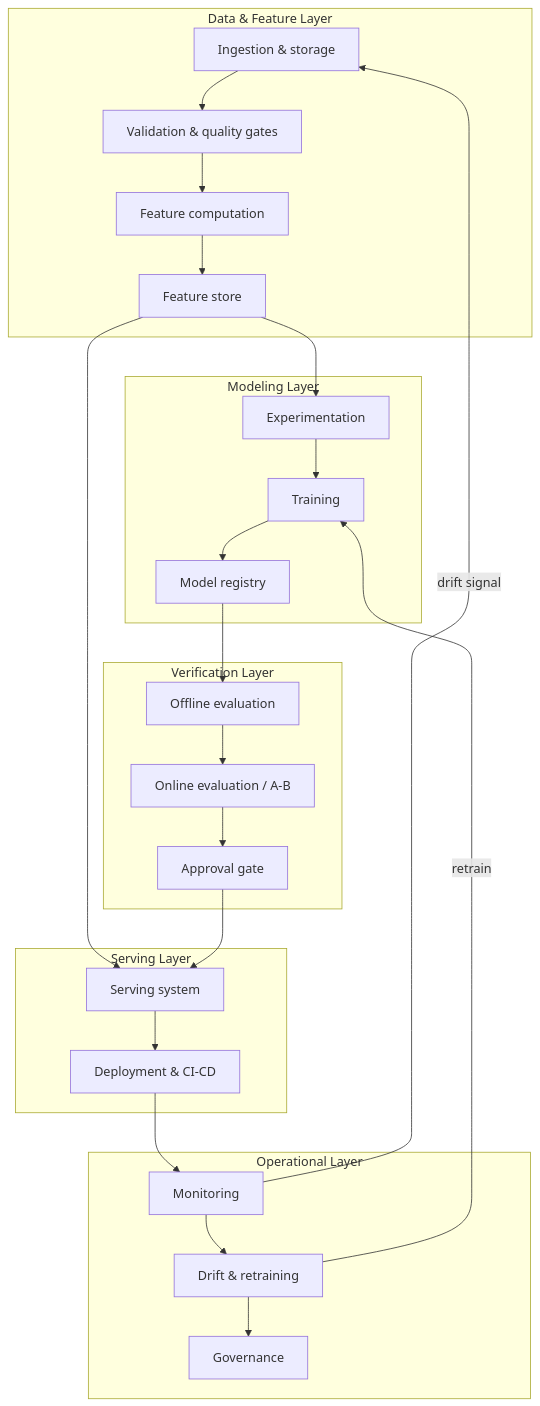
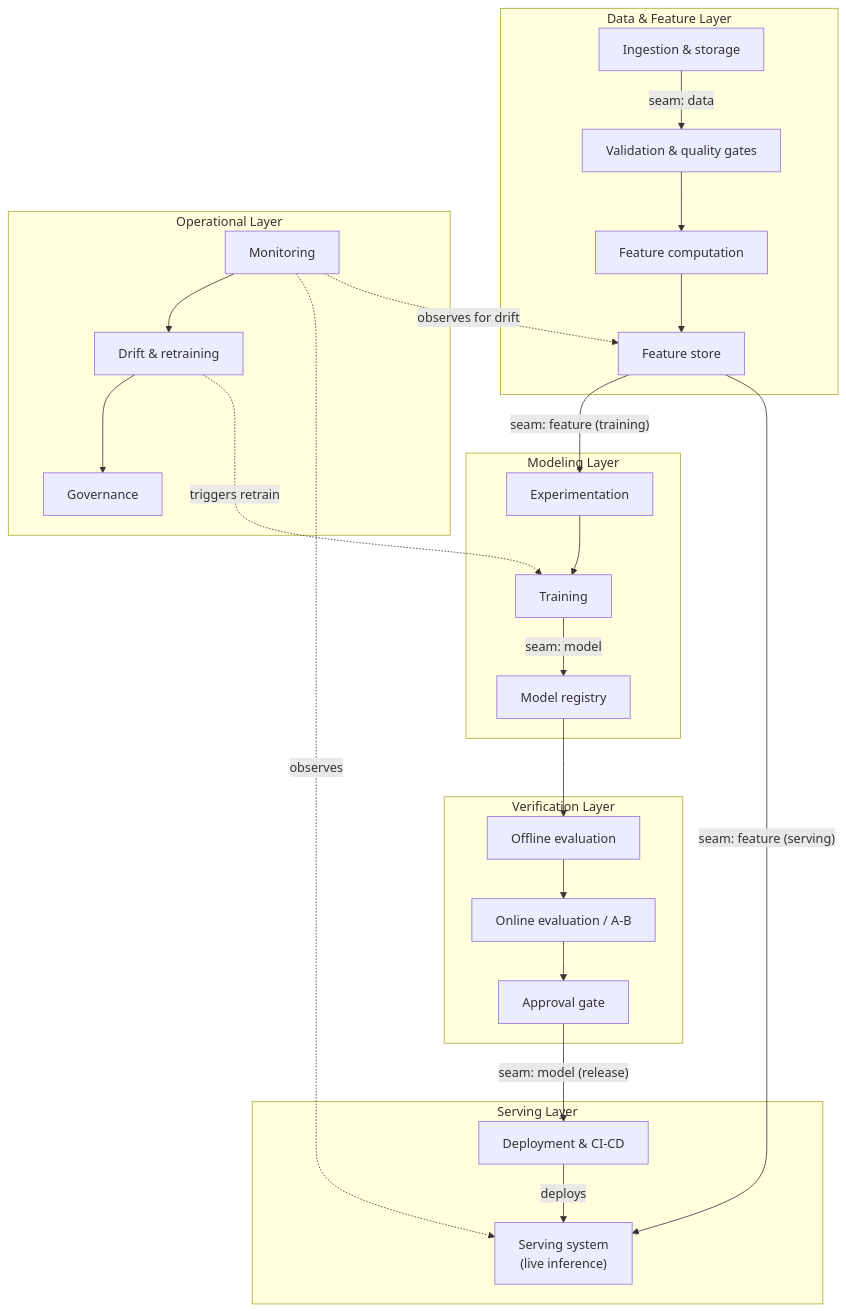
One commit to akshayDev17/ML-Engineer changed the diagram in modules/03-ml-system-architecture/README.md. Above: the diagram before and after it, drawn with Mermaid. The commit also changed other lines of this file, not shown here.

Commit message:
docs(m3): mark seams in the layer diagram; split flow from cross-cutting arrows

````diff
--- a/modules/03-ml-system-architecture/README.md
+++ b/modules/03-ml-system-architecture/README.md
@@ -15,30 +15,30 @@
 ```mermaid
 flowchart TB
     subgraph D["Data & Feature Layer"]
-        D1[Ingestion & storage] --> D2[Validation & quality gates]
-        D2 --> D3[Feature computation]
-        D3 --> D4[Feature store]
+        D1["Ingestion & storage"] -->|"seam: data"| D2["Validation & quality gates"]
+        D2 --> D3["Feature computation"]
+        D3 --> D4["Feature store"]
     end
     subgraph M["Modeling Layer"]
-        M1[Experimentation] --> M2[Training]
-        M2 --> M3[Model registry]
+        M1["Experimentation"] --> M2["Training"]
+        M2 -->|"seam: model"| M3["Model registry"]
     end
     subgraph V["Verification Layer"]
-        V1[Offline evaluation] --> V2[Online evaluation / A-B]
-        V2 --> V3[Approval gate]
+        V1["Offline evaluation"] --> V2["Online evaluation / A-B"]
+        V2 --> V3["Approval gate"]
     end
     subgraph S["Serving Layer"]
-        S1[Serving system] --> S2[Deployment & CI-CD]
+        S2["Deployment & CI-CD"] -->|"deploys"| S1["Serving system<br/>(live inference)"]
     end
     subgraph O["Operational Layer"]
-        O1[Monitoring] --> O2[Drift & retraining]
-        O2 --> O3[Governance]
+        O1["Monitoring"] --> O2["Drift & retraining"]
+        O2 --> O3["Governance"]
     end
-    D4 --> M1
-    D4 --> S1
+    D4 -->|"seam: feature (training)"| M1
+    D4 -->|"seam: feature (serving)"| S1
     M3 --> V1
-    V3 --> S1
-    S2 --> O1
-    O2 -->|retrain| M2
-    O1 -->|drift signal| D1
+    V3 -->|"seam: model (release)"| S2
+    O1 -.->|"observes"| S1
+    O1 -.->|"observes for drift"| D4
+    O2 -.->|"triggers retrain"| M2
 ```
````
